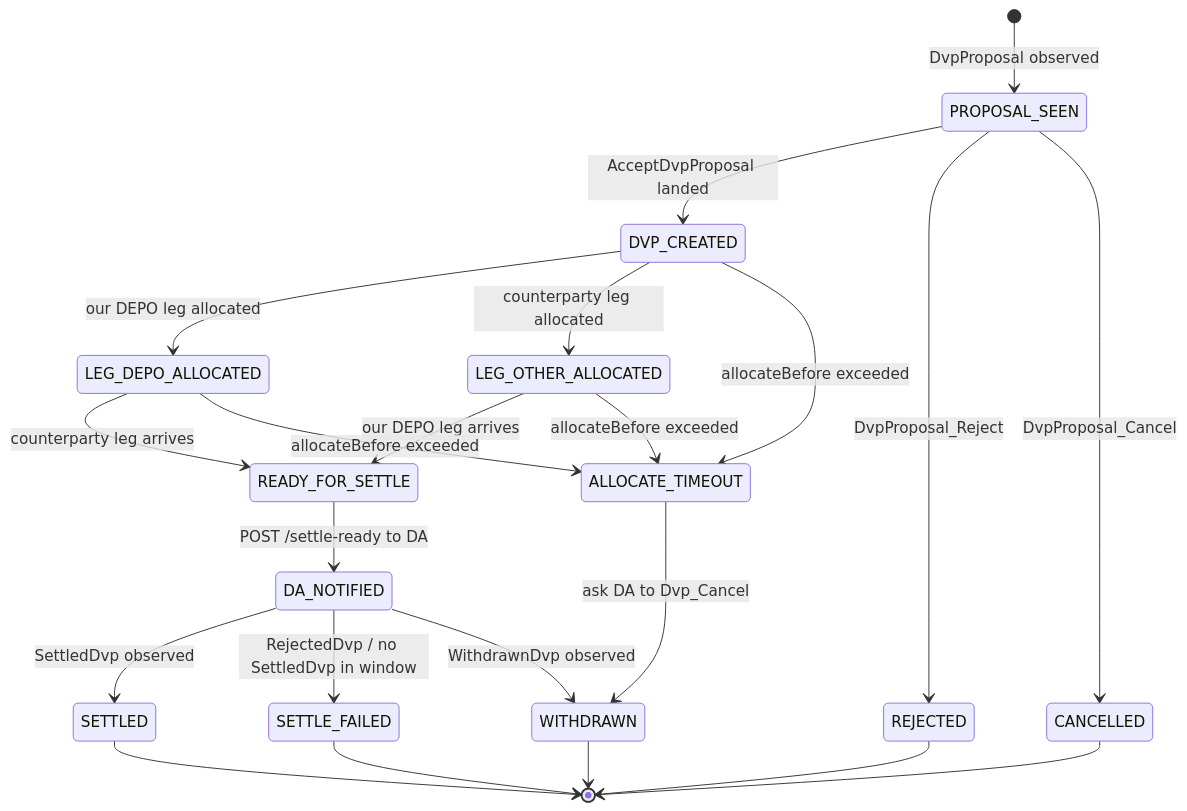
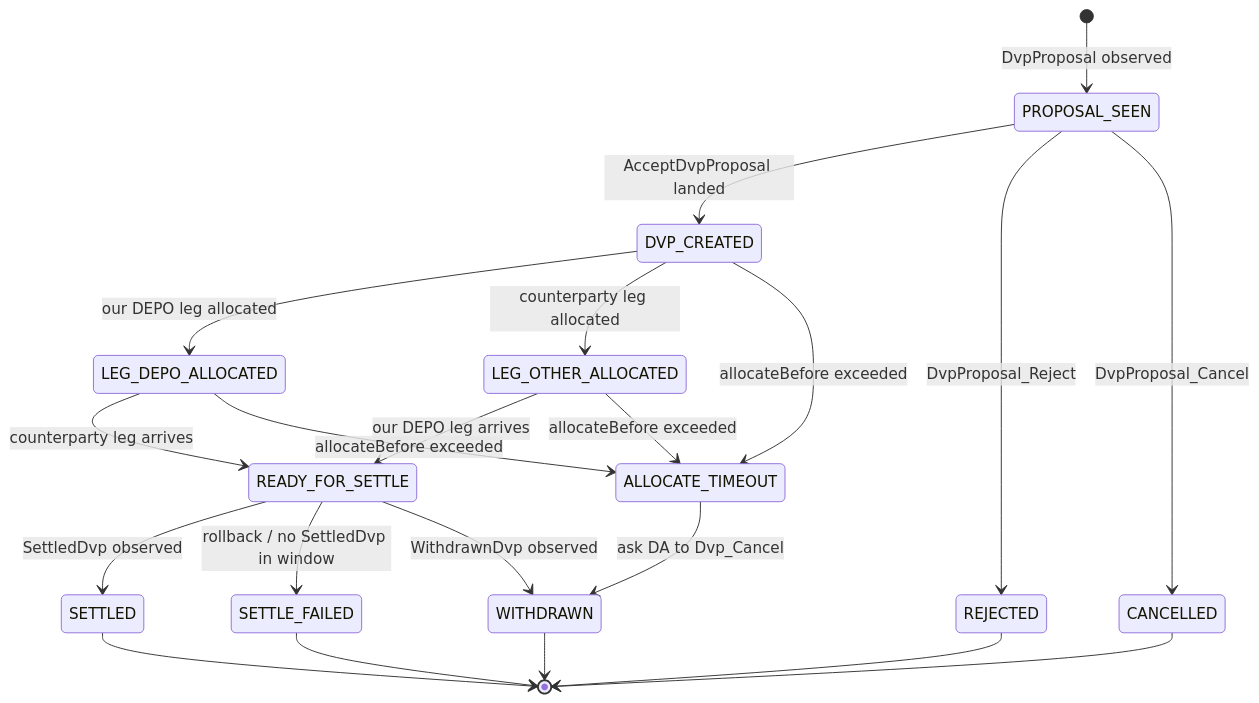
The seventh of 7 diagrams in DEPO_dvp_design.md (sickle5stone/canton), drawn with Mermaid before and after one commit. The commit also changed other lines of this file, not shown here.

````diff
--- a/DEPO_dvp_design.md
+++ b/DEPO_dvp_design.md
@@ -702,24 +866,23 @@
 ```mermaid
 stateDiagram-v2
     [*] --> PROPOSAL_SEEN: DvpProposal observed
     PROPOSAL_SEEN --> DVP_CREATED: AcceptDvpProposal landed
     PROPOSAL_SEEN --> REJECTED: DvpProposal_Reject
     PROPOSAL_SEEN --> CANCELLED: DvpProposal_Cancel
     DVP_CREATED --> LEG_DEPO_ALLOCATED: our DEPO leg allocated
     DVP_CREATED --> LEG_OTHER_ALLOCATED: counterparty leg allocated
     LEG_DEPO_ALLOCATED --> READY_FOR_SETTLE: counterparty leg arrives
     LEG_OTHER_ALLOCATED --> READY_FOR_SETTLE: our DEPO leg arrives
     DVP_CREATED --> ALLOCATE_TIMEOUT: allocateBefore exceeded
     LEG_DEPO_ALLOCATED --> ALLOCATE_TIMEOUT: allocateBefore exceeded
     LEG_OTHER_ALLOCATED --> ALLOCATE_TIMEOUT: allocateBefore exceeded
-    READY_FOR_SETTLE --> DA_NOTIFIED: POST /settle-ready to DA
-    DA_NOTIFIED --> SETTLED: SettledDvp observed
-    DA_NOTIFIED --> SETTLE_FAILED: RejectedDvp / no SettledDvp in window
-    DA_NOTIFIED --> WITHDRAWN: WithdrawnDvp observed
+    READY_FOR_SETTLE --> SETTLED: SettledDvp observed
+    READY_FOR_SETTLE --> SETTLE_FAILED: rollback / no SettledDvp in window
+    READY_FOR_SETTLE --> WITHDRAWN: WithdrawnDvp observed
     ALLOCATE_TIMEOUT --> WITHDRAWN: ask DA to Dvp_Cancel
     SETTLED --> [*]
     REJECTED --> [*]
     CANCELLED --> [*]
     SETTLE_FAILED --> [*]
     WITHDRAWN --> [*]
 ```
````
